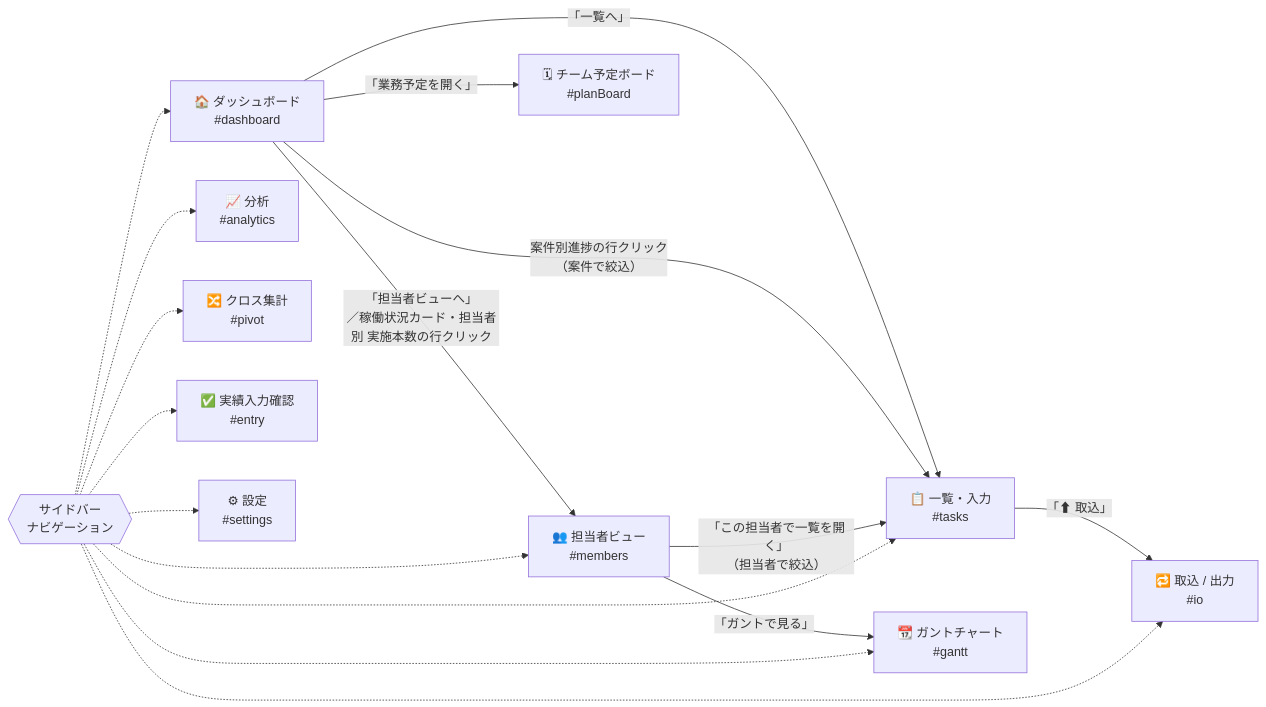
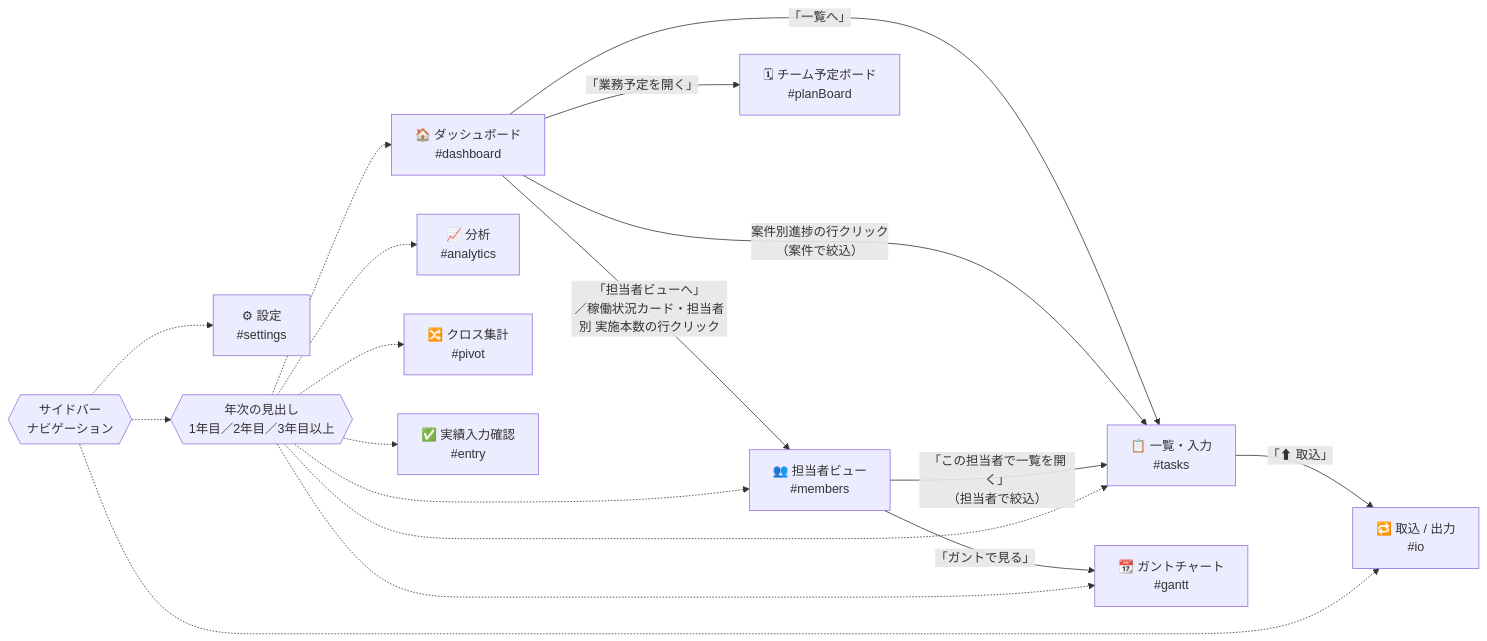
Before and after one commit to okSJ28/management-tool: the second of 7 diagrams in docs/画面遷移図.md, drawn with Mermaid. The commit also changed other lines of this file and 10 other files, not shown here.

````diff
--- a/docs/画面遷移図.md
+++ b/docs/画面遷移図.md
@@ -81,34 +81,36 @@
 ```mermaid
 flowchart LR
     DASH["🏠 ダッシュボード<br/>#dashboard"]
     TASKS["📋 一覧・入力<br/>#tasks"]
     MEM["👥 担当者ビュー<br/>#members"]
     GANTT["📆 ガントチャート<br/>#gantt"]
     ANA["📈 分析<br/>#analytics"]
     PIVOT["🔀 クロス集計<br/>#pivot"]
     ENTRY["✅ 実績入力確認<br/>#entry"]
     IO["🔁 取込 / 出力<br/>#io"]
     SET["⚙ 設定<br/>#settings"]
     BOARD["🗓 チーム予定ボード<br/>#planBoard"]
 
     DASH -->|"「一覧へ」"| TASKS
     DASH -->|"案件別進捗の行クリック<br/>（案件で絞込）"| TASKS
     DASH -->|"「担当者ビューへ」<br/>／稼働状況カード・担当者別 実施本数の行クリック"| MEM
     DASH -->|"「業務予定を開く」"| BOARD
 
     MEM -->|"「この担当者で一覧を開く」<br/>（担当者で絞込）"| TASKS
     MEM -->|"「ガントで見る」"| GANTT
 
     TASKS -->|"「⬆ 取込」"| IO
 
     NAV{{"サイドバー<br/>ナビゲーション"}}
-    NAV -.-> DASH
-    NAV -.-> TASKS
-    NAV -.-> MEM
-    NAV -.-> GANTT
-    NAV -.-> ANA
-    NAV -.-> PIVOT
-    NAV -.-> ENTRY
+    GRADE{{"年次の見出し<br/>1年目／2年目／3年目以上"}}
+    NAV -.-> GRADE
+    GRADE -.-> DASH
+    GRADE -.-> TASKS
+    GRADE -.-> MEM
+    GRADE -.-> GANTT
+    GRADE -.-> ANA
+    GRADE -.-> PIVOT
+    GRADE -.-> ENTRY
     NAV -.-> IO
     NAV -.-> SET
 ```
````
